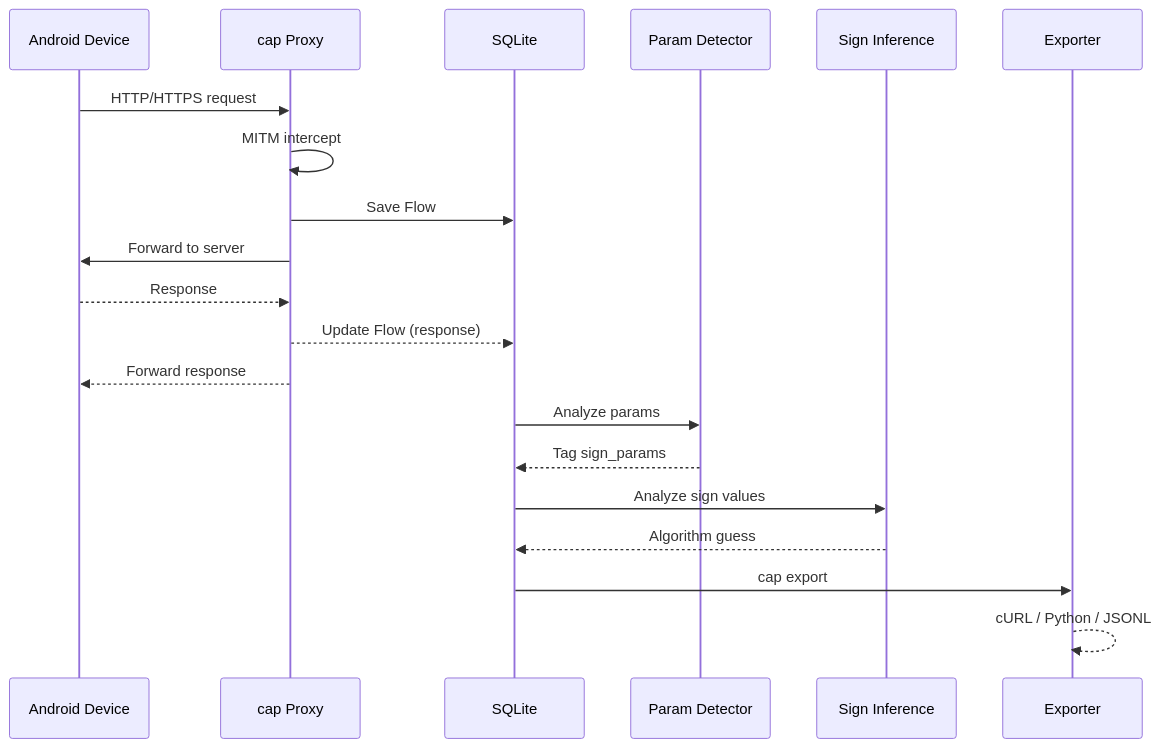
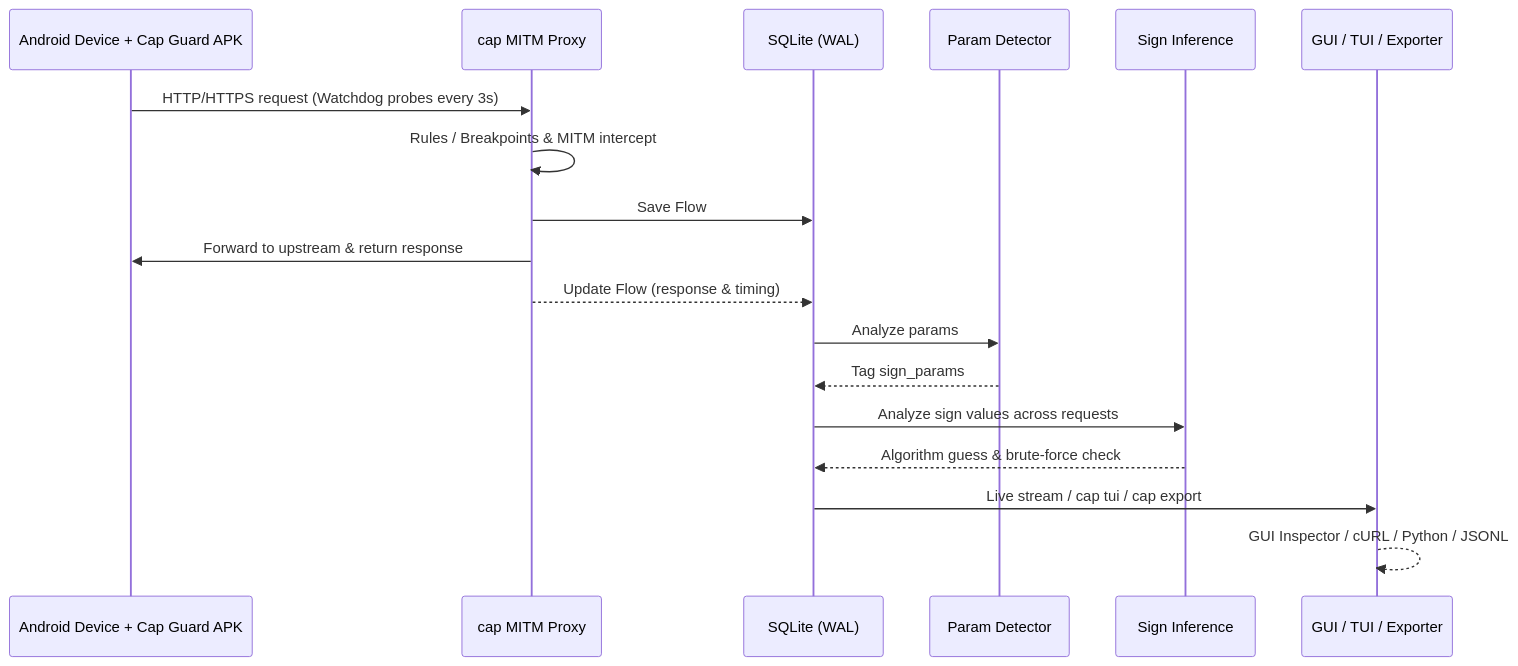
One commit to overkazaf/cap changed the second of 2 diagrams in README.md. Above: the diagram before and after it, drawn with Mermaid. The commit also changed other lines of this file and 117 other files, not shown here.

First line of the commit message:
feat: commercial-grade GUI/TUI redesign, EN/ZH i18n, Android Companion Guard APK, and updated docs

````diff
--- a/README.md
+++ b/README.md
@@ -122,26 +138,24 @@
 ```mermaid
 sequenceDiagram
-    participant Phone as Android Device
-    participant Proxy as cap Proxy
-    participant Store as SQLite
+    participant Phone as Android Device + Cap Guard APK
+    participant Proxy as cap MITM Proxy
+    participant Store as SQLite (WAL)
     participant Detect as Param Detector
     participant Sign as Sign Inference
-    participant Export as Exporter
+    participant Export as GUI / TUI / Exporter
 
-    Phone->>Proxy: HTTP/HTTPS request
-    Proxy->>Proxy: MITM intercept
+    Phone->>Proxy: HTTP/HTTPS request (Watchdog probes every 3s)
+    Proxy->>Proxy: Rules / Breakpoints & MITM intercept
     Proxy->>Store: Save Flow
-    Proxy->>Phone: Forward to server
-    Phone-->>Proxy: Response
-    Proxy-->>Store: Update Flow (response)
-    Proxy-->>Phone: Forward response
+    Proxy->>Phone: Forward to upstream & return response
+    Proxy-->>Store: Update Flow (response & timing)
 
     Store->>Detect: Analyze params
     Detect-->>Store: Tag sign_params
 
-    Store->>Sign: Analyze sign values
-    Sign-->>Store: Algorithm guess
+    Store->>Sign: Analyze sign values across requests
+    Sign-->>Store: Algorithm guess & brute-force check
 
-    Store->>Export: cap export
-    Export-->>Export: cURL / Python / JSONL
+    Store->>Export: Live stream / cap tui / cap export
+    Export-->>Export: GUI Inspector / cURL / Python / JSONL
 ```
````
